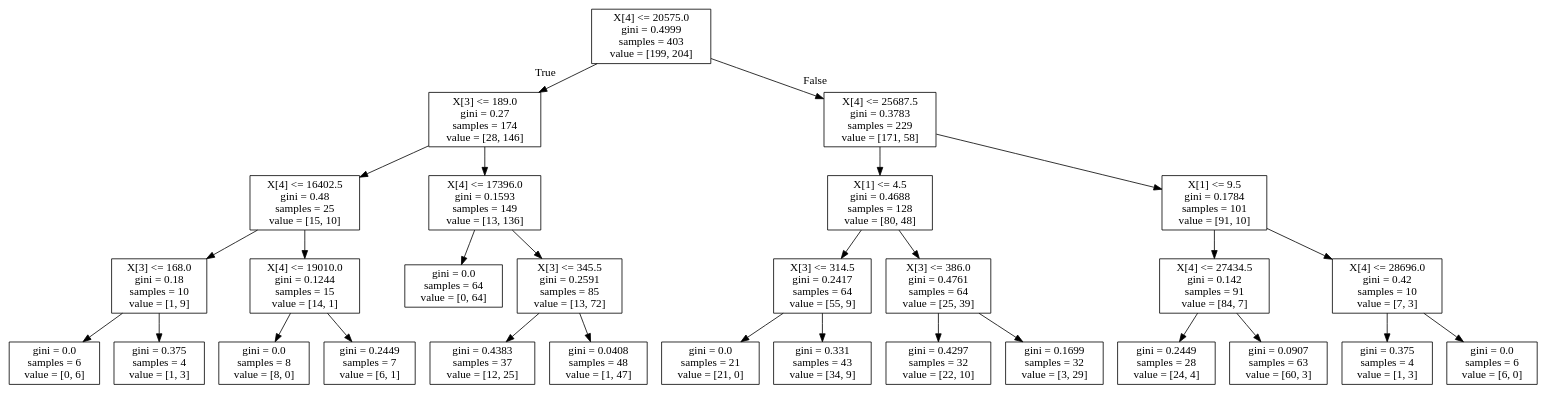
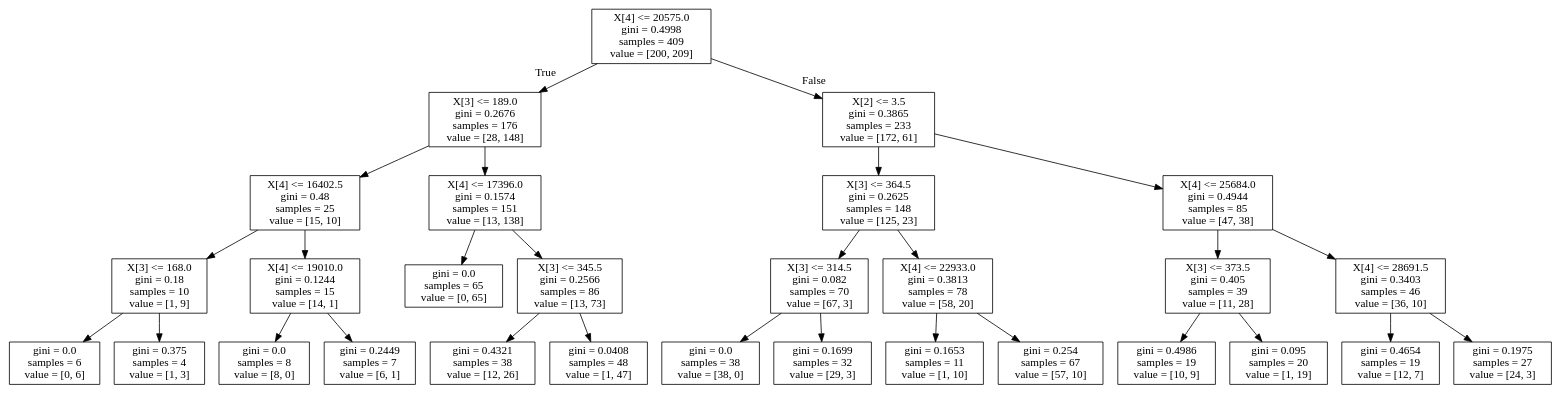
Before and after one commit to cmcollander/NaoLego: the diagram in NaoDecisionTree.dot, drawn with Graphviz. The commit also changed 4 other files, not shown here.

```diff
--- a/NaoDecisionTree.dot
+++ b/NaoDecisionTree.dot
@@ -1,60 +1,60 @@
 digraph Tree {
 node [shape=box] ;
-0 [label="X[4] <= 20575.0\ngini = 0.4999\nsamples = 403\nvalue = [199, 204]"] ;
-1 [label="X[3] <= 189.0\ngini = 0.27\nsamples = 174\nvalue = [28, 146]"] ;
+0 [label="X[4] <= 20575.0\ngini = 0.4998\nsamples = 409\nvalue = [200, 209]"] ;
+1 [label="X[3] <= 189.0\ngini = 0.2676\nsamples = 176\nvalue = [28, 148]"] ;
 0 -> 1 [labeldistance=2.5, labelangle=45, headlabel="True"] ;
 2 [label="X[4] <= 16402.5\ngini = 0.48\nsamples = 25\nvalue = [15, 10]"] ;
 1 -> 2 ;
 3 [label="X[3] <= 168.0\ngini = 0.18\nsamples = 10\nvalue = [1, 9]"] ;
 2 -> 3 ;
 4 [label="gini = 0.0\nsamples = 6\nvalue = [0, 6]"] ;
 3 -> 4 ;
 5 [label="gini = 0.375\nsamples = 4\nvalue = [1, 3]"] ;
 3 -> 5 ;
 6 [label="X[4] <= 19010.0\ngini = 0.1244\nsamples = 15\nvalue = [14, 1]"] ;
 2 -> 6 ;
 7 [label="gini = 0.0\nsamples = 8\nvalue = [8, 0]"] ;
 6 -> 7 ;
 8 [label="gini = 0.2449\nsamples = 7\nvalue = [6, 1]"] ;
 6 -> 8 ;
-9 [label="X[4] <= 17396.0\ngini = 0.1593\nsamples = 149\nvalue = [13, 136]"] ;
+9 [label="X[4] <= 17396.0\ngini = 0.1574\nsamples = 151\nvalue = [13, 138]"] ;
 1 -> 9 ;
-10 [label="gini = 0.0\nsamples = 64\nvalue = [0, 64]"] ;
+10 [label="gini = 0.0\nsamples = 65\nvalue = [0, 65]"] ;
 9 -> 10 ;
-11 [label="X[3] <= 345.5\ngini = 0.2591\nsamples = 85\nvalue = [13, 72]"] ;
+11 [label="X[3] <= 345.5\ngini = 0.2566\nsamples = 86\nvalue = [13, 73]"] ;
 9 -> 11 ;
-12 [label="gini = 0.4383\nsamples = 37\nvalue = [12, 25]"] ;
+12 [label="gini = 0.4321\nsamples = 38\nvalue = [12, 26]"] ;
 11 -> 12 ;
 13 [label="gini = 0.0408\nsamples = 48\nvalue = [1, 47]"] ;
 11 -> 13 ;
-14 [label="X[4] <= 25687.5\ngini = 0.3783\nsamples = 229\nvalue = [171, 58]"] ;
+14 [label="X[2] <= 3.5\ngini = 0.3865\nsamples = 233\nvalue = [172, 61]"] ;
 0 -> 14 [labeldistance=2.5, labelangle=-45, headlabel="False"] ;
-15 [label="X[1] <= 4.5\ngini = 0.4688\nsamples = 128\nvalue = [80, 48]"] ;
+15 [label="X[3] <= 364.5\ngini = 0.2625\nsamples = 148\nvalue = [125, 23]"] ;
 14 -> 15 ;
-16 [label="X[3] <= 314.5\ngini = 0.2417\nsamples = 64\nvalue = [55, 9]"] ;
+16 [label="X[3] <= 314.5\ngini = 0.082\nsamples = 70\nvalue = [67, 3]"] ;
 15 -> 16 ;
-17 [label="gini = 0.0\nsamples = 21\nvalue = [21, 0]"] ;
+17 [label="gini = 0.0\nsamples = 38\nvalue = [38, 0]"] ;
 16 -> 17 ;
-18 [label="gini = 0.331\nsamples = 43\nvalue = [34, 9]"] ;
+18 [label="gini = 0.1699\nsamples = 32\nvalue = [29, 3]"] ;
 16 -> 18 ;
-19 [label="X[3] <= 386.0\ngini = 0.4761\nsamples = 64\nvalue = [25, 39]"] ;
+19 [label="X[4] <= 22933.0\ngini = 0.3813\nsamples = 78\nvalue = [58, 20]"] ;
 15 -> 19 ;
-20 [label="gini = 0.4297\nsamples = 32\nvalue = [22, 10]"] ;
+20 [label="gini = 0.1653\nsamples = 11\nvalue = [1, 10]"] ;
 19 -> 20 ;
-21 [label="gini = 0.1699\nsamples = 32\nvalue = [3, 29]"] ;
+21 [label="gini = 0.254\nsamples = 67\nvalue = [57, 10]"] ;
 19 -> 21 ;
-22 [label="X[1] <= 9.5\ngini = 0.1784\nsamples = 101\nvalue = [91, 10]"] ;
+22 [label="X[4] <= 25684.0\ngini = 0.4944\nsamples = 85\nvalue = [47, 38]"] ;
 14 -> 22 ;
-23 [label="X[4] <= 27434.5\ngini = 0.142\nsamples = 91\nvalue = [84, 7]"] ;
+23 [label="X[3] <= 373.5\ngini = 0.405\nsamples = 39\nvalue = [11, 28]"] ;
 22 -> 23 ;
-24 [label="gini = 0.2449\nsamples = 28\nvalue = [24, 4]"] ;
+24 [label="gini = 0.4986\nsamples = 19\nvalue = [10, 9]"] ;
 23 -> 24 ;
-25 [label="gini = 0.0907\nsamples = 63\nvalue = [60, 3]"] ;
+25 [label="gini = 0.095\nsamples = 20\nvalue = [1, 19]"] ;
 23 -> 25 ;
-26 [label="X[4] <= 28696.0\ngini = 0.42\nsamples = 10\nvalue = [7, 3]"] ;
+26 [label="X[4] <= 28691.5\ngini = 0.3403\nsamples = 46\nvalue = [36, 10]"] ;
 22 -> 26 ;
-27 [label="gini = 0.375\nsamples = 4\nvalue = [1, 3]"] ;
+27 [label="gini = 0.4654\nsamples = 19\nvalue = [12, 7]"] ;
 26 -> 27 ;
-28 [label="gini = 0.0\nsamples = 6\nvalue = [6, 0]"] ;
+28 [label="gini = 0.1975\nsamples = 27\nvalue = [24, 3]"] ;
 26 -> 28 ;
 }
```
